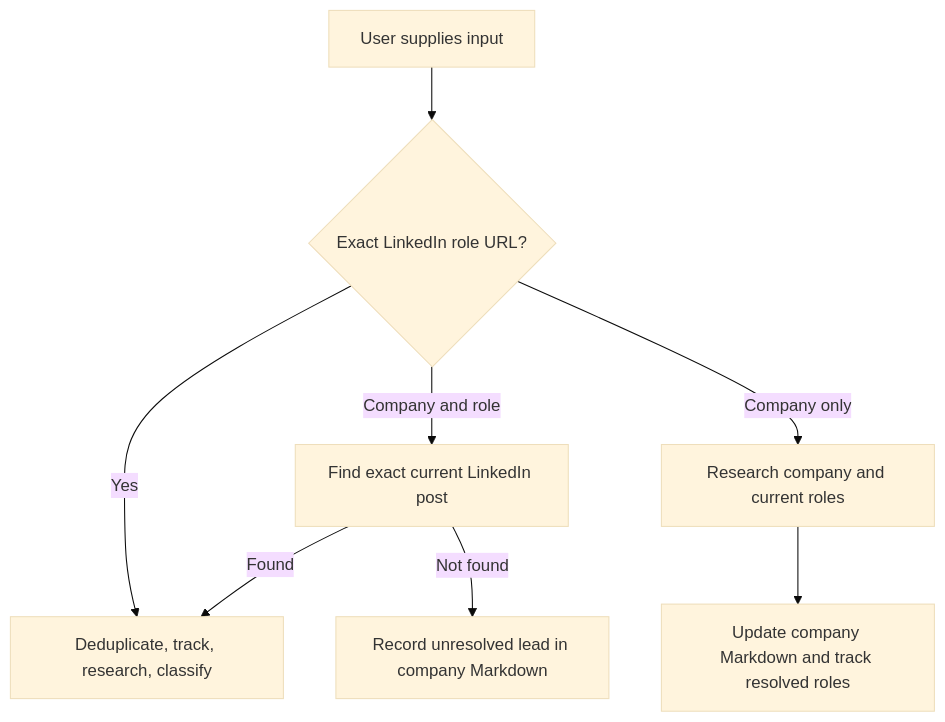
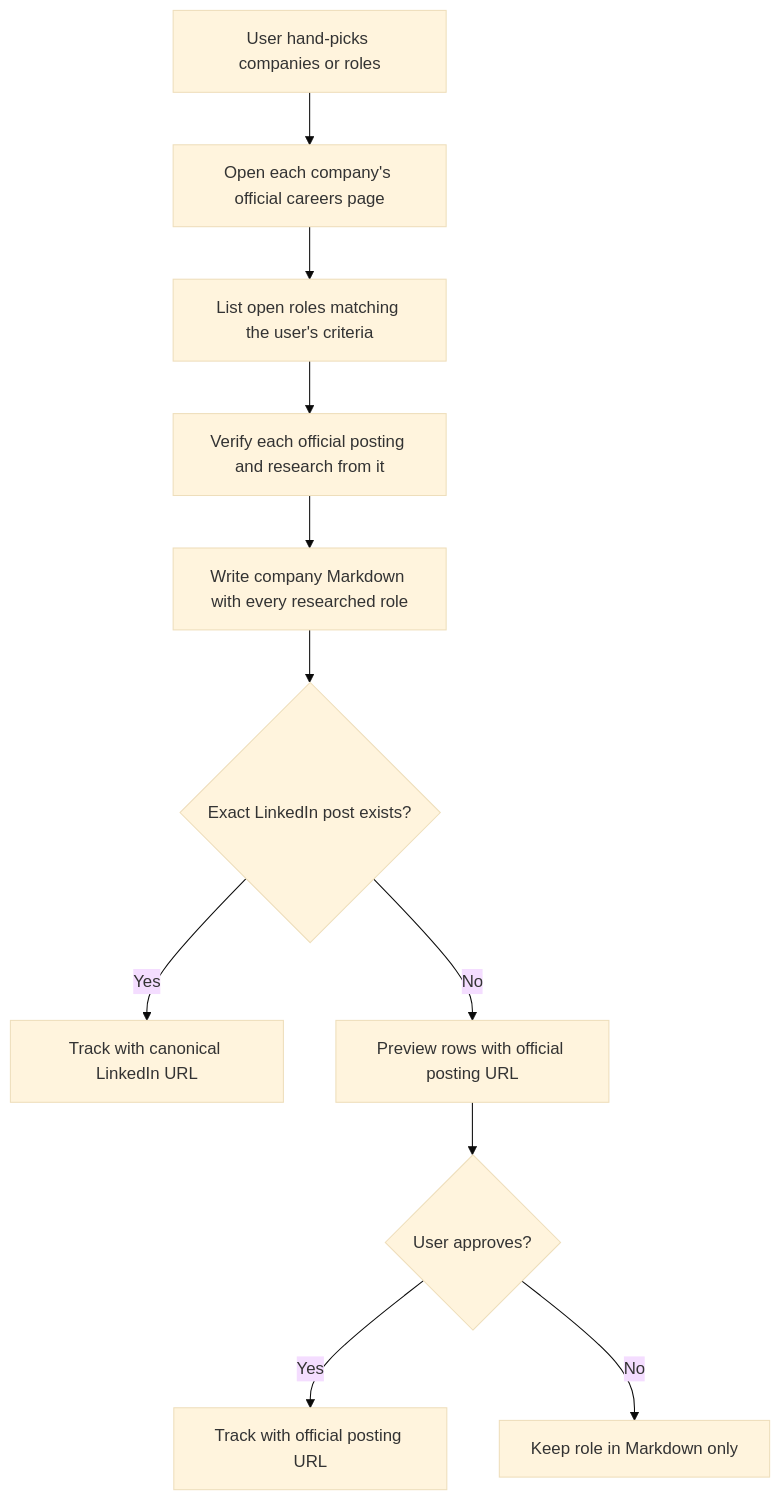
One commit to fsw0422/skills changed the second of 2 diagrams in linkedin-job-pilot/references/discovery-tracking.md. Above: the diagram before and after it, drawn with Mermaid (base theme). The commit also changed other lines of this file and 5 other files, not shown here.

First line of the commit message:
feat(linkedin-job-pilot): careers page as source of truth for roles (#7)

```diff
--- a/linkedin-job-pilot/references/discovery-tracking.md
+++ b/linkedin-job-pilot/references/discovery-tracking.md
@@ -128,10 +130,13 @@
 ~~~mermaid
 flowchart TD
-    A[User supplies input] --> B{Exact LinkedIn role URL?}
-    B -- Yes --> C[Deduplicate, track, research, classify]
-    B -- Company and role --> D[Find exact current LinkedIn post]
-    D -- Found --> C
-    D -- Not found --> E[Record unresolved lead in company Markdown]
-    B -- Company only --> F[Research company and current roles]
-    F --> G[Update company Markdown and track resolved roles]
+    A[User hand-picks companies or roles] --> B[Open each company's official careers page]
+    B --> C[List open roles matching the user's criteria]
+    C --> D[Verify each official posting and research from it]
+    D --> E[Write company Markdown with every researched role]
+    E --> F{Exact LinkedIn post exists?}
+    F -- Yes --> G[Track with canonical LinkedIn URL]
+    F -- No --> H[Preview rows with official posting URL]
+    H --> I{User approves?}
+    I -- Yes --> J[Track with official posting URL]
+    I -- No --> K[Keep role in Markdown only]
 ~~~
```
